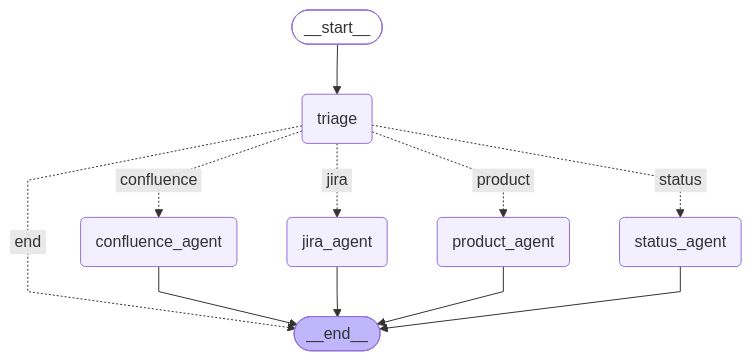
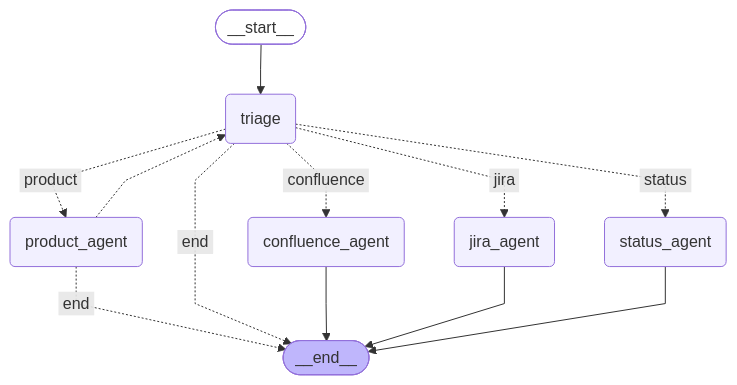
The diagram in examples/cs network/workflow_graph.mmd (framem/lang-graph), drawn with Mermaid before and after one commit. The commit also changed 2 other files, not shown here.

Commit message:
extend product agent with routing and german output translation

```diff
--- a/examples/cs network/workflow_graph.mmd
+++ b/examples/cs network/workflow_graph.mmd
@@ -1,26 +1,27 @@
 ---
 config:
   flowchart:
     curve: linear
 ---
 graph TD;
 	__start__([<p>__start__</p>]):::first
 	triage(triage)
 	product_agent(product_agent)
 	jira_agent(jira_agent)
 	confluence_agent(confluence_agent)
 	status_agent(status_agent)
 	__end__([<p>__end__</p>]):::last
 	__start__ --> triage;
+	product_agent -. &nbsp;end&nbsp; .-> __end__;
+	product_agent -.-> triage;
 	triage -. &nbsp;end&nbsp; .-> __end__;
 	triage -. &nbsp;confluence&nbsp; .-> confluence_agent;
 	triage -. &nbsp;jira&nbsp; .-> jira_agent;
 	triage -. &nbsp;product&nbsp; .-> product_agent;
 	triage -. &nbsp;status&nbsp; .-> status_agent;
 	confluence_agent --> __end__;
 	jira_agent --> __end__;
-	product_agent --> __end__;
 	status_agent --> __end__;
 	classDef default fill:#f2f0ff,line-height:1.2
 	classDef first fill-opacity:0
 	classDef last fill:#bfb6fc
```
